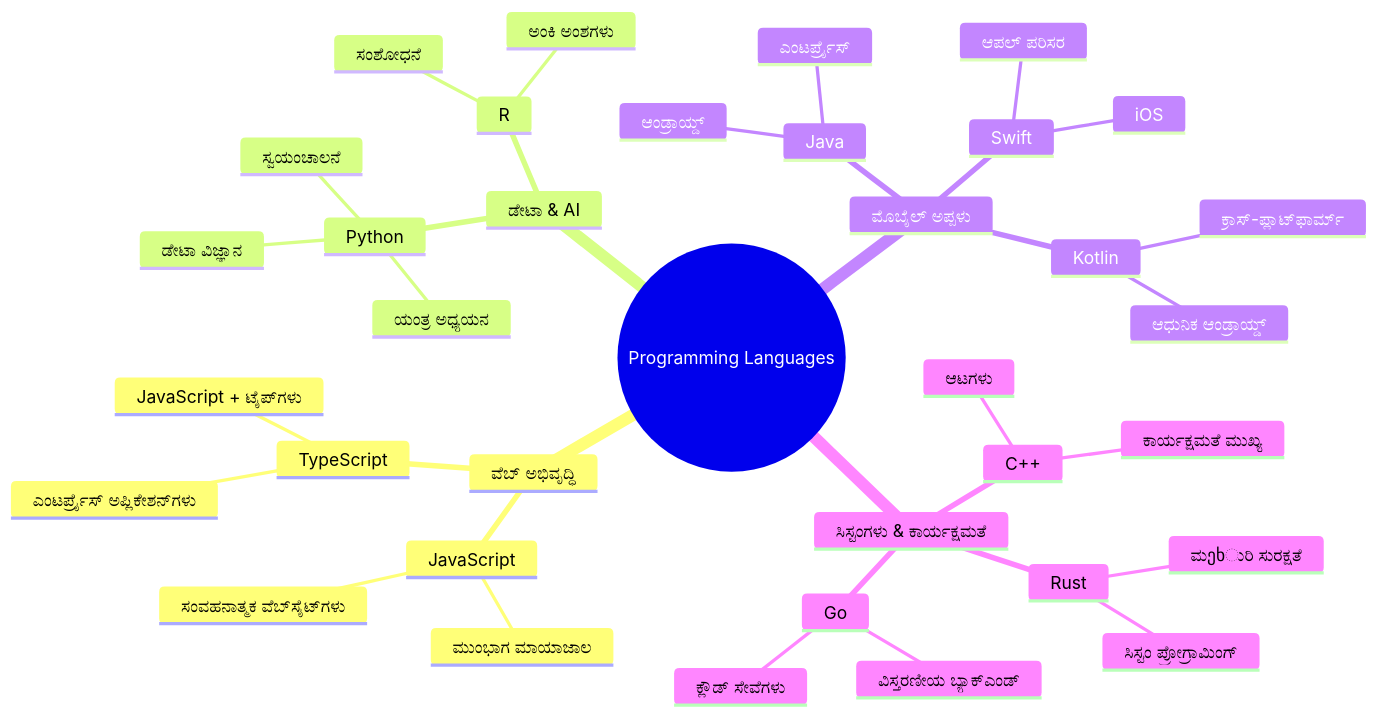
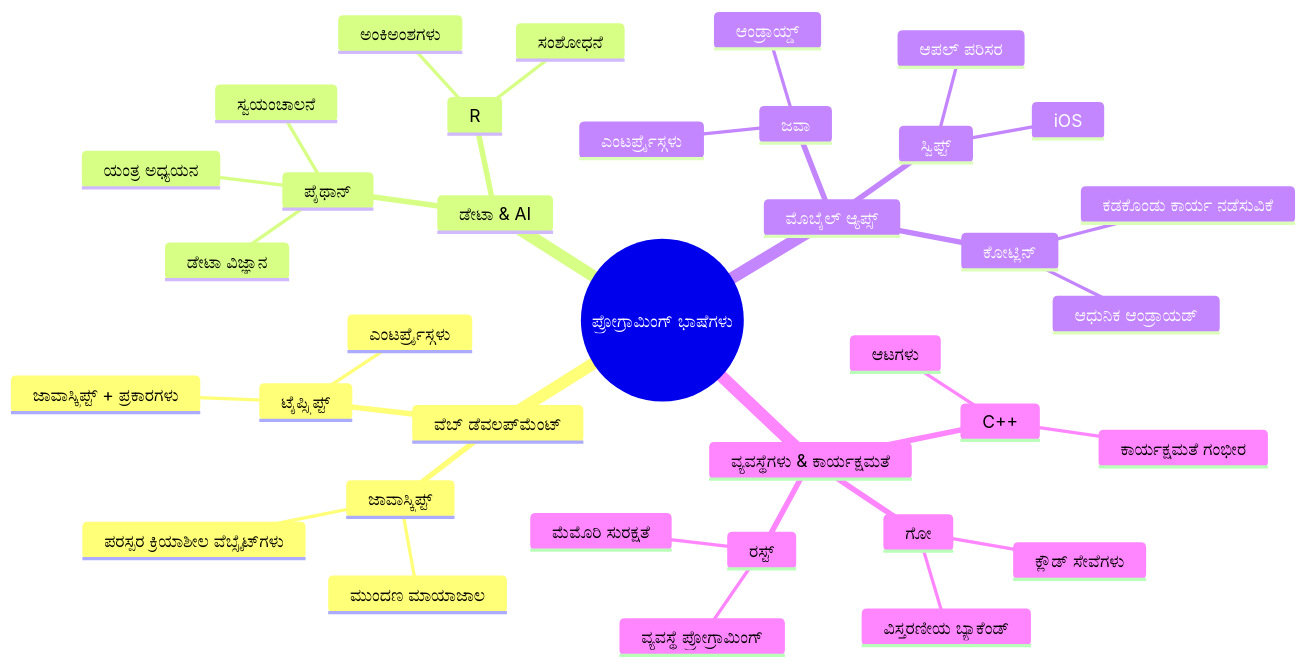
Before and after one commit to microsoft/Web-Dev-For-Beginners: the second of 7 diagrams in translations/kn/1-getting-started-lessons/1-intro-to-programming-languages/README.md, drawn with Mermaid. The commit also changed other lines of this file and 13 other files, not shown here.

````diff
--- a/translations/kn/1-getting-started-lessons/1-intro-to-programming-languages/README.md
+++ b/translations/kn/1-getting-started-lessons/1-intro-to-programming-languages/README.md
@@ -87,39 +85,39 @@
 ```mermaid
 mindmap
-  root((Programming Languages))
-    ವೆಬ್ ಅಭಿವೃದ್ಧಿ
-      JavaScript
-        ಮುಂಭಾಗ ಮಾಯಾಜಾಲ
-        ಸಂವಹನಾತ್ಮಕ ವೆಬ್‌ಸೈಟ್‌ಗಳು
-      TypeScript
-        JavaScript + ಟೈಪ್‌ಗಳು
-        ಎಂಟರ್ಪ್ರೈಸ್ ಅಪ್ಲಿಕೇಶನ್‌ಗಳು
+  root((ಪ್ರೋಗ್ರಾಮಿಂಗ್ ಭಾಷೆಗಳು))
+    ವೆಬ್ ಡೆವಲಪ್‌ಮೆಂಟ್
+      ಜಾವಾಸ್ಕ್ರಿಪ್ಟ್
+        ಮುಂದಣ ಮಾಯಾಜಾಲ
+        ಪರಸ್ಪರ ಕ್ರಿಯಾಶೀಲ ವೆಬ್ಸೈಟ್‌ಗಳು
+      ಟೈಪ್ಸ್ಕ್ರಿಪ್ಟ್
+        ಜಾವಾಸ್ಕ್ರಿಪ್ಟ್ + ಪ್ರಕಾರಗಳು
+        ಎಂಟರ್ಪ್ರೈಸ್ಗಳು
     ಡೇಟಾ & AI
-      Python
+      ಪೈಥಾನ್
         ಡೇಟಾ ವಿಜ್ಞಾನ
         ಯಂತ್ರ ಅಧ್ಯಯನ
         ಸ್ವಯಂಚಾಲನೆ
       R
-        ಅಂಕಿ ಅಂಶಗಳು
+        ಅಂಕಿಅಂಶಗಳು
         ಸಂಶೋಧನೆ
-    ಮೊಬೈಲ್ ಅಪ್ಪಳು
-      Java
+    ಮೊಬೈಲ್ ಆ್ಯಪ್ಸ್
+      ಜವಾ
         ಆಂಡ್ರಾಯ್ಡ್
-        ಎಂಟರ್ಪ್ರೈಸ್
-      Swift
+        ಎಂಟರ್ಪ್ರೈಸ್ಗಳು
+      ಸ್ವಿಫ್ಟ್
         iOS
         ಆಪಲ್ ಪರಿಸರ
-      Kotlin
-        ಆಧುನಿಕ ಆಂಡ್ರಾಯ್ಡ್
-        ಕ್ರಾಸ್-ಪ್ಲಾಟ್‌ಫಾರ್ಮ್
-    ಸಿಸ್ಟಂಗಳು & ಕಾರ್ಯಕ್ಷಮತೆ
+      ಕೋಟ್ಲಿನ್
+        ಆಧುನಿಕ ಆಂಡ್ರಾಯಡ್
+        ಕಡಕೊಂಡು ಕಾರ್ಯ ನಡೆಸುವಿಕೆ
+    ವ್ಯವಸ್ಥೆಗಳು & ಕಾರ್ಯಕ್ಷಮತೆ
       C++
         ಆಟಗಳು
-        ಕಾರ್ಯಕ್ಷಮತೆ ಮುಖ್ಯ
-      Rust
-        ಮეხುರಿ ಸುರಕ್ಷತೆ
-        ಸಿಸ್ಟಂ ಪ್ರೋಗ್ರಾಮಿಂಗ್
-      Go
+        ಕಾರ್ಯಕ್ಷಮತೆ ಗಂಭೀರ
+      ರಸ್ಟ್
+        ಮೆಮೊರಿ ಸುರಕ್ಷತೆ
+        ವ್ಯವಸ್ಥೆ ಪ್ರೋಗ್ರಾಮಿಂಗ್
+      ಗೋ
         ಕ್ಲೌಡ್ ಸೇವೆಗಳು
-        ವಿಸ್ತರಣೀಯ ಬ್ಯಾಕ್‌ಎಂಡ್
+        ವಿಸ್ತರಣೀಯ ಬ್ಯಾಕೆಂಡ್
 ```
````
